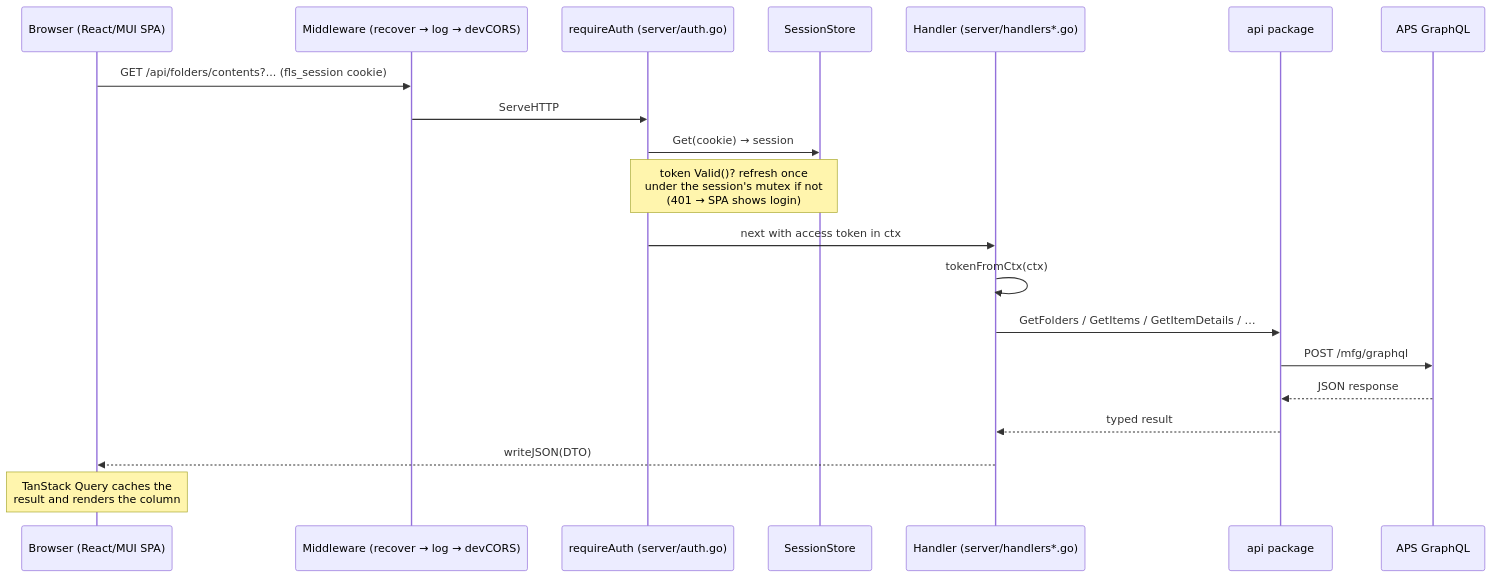
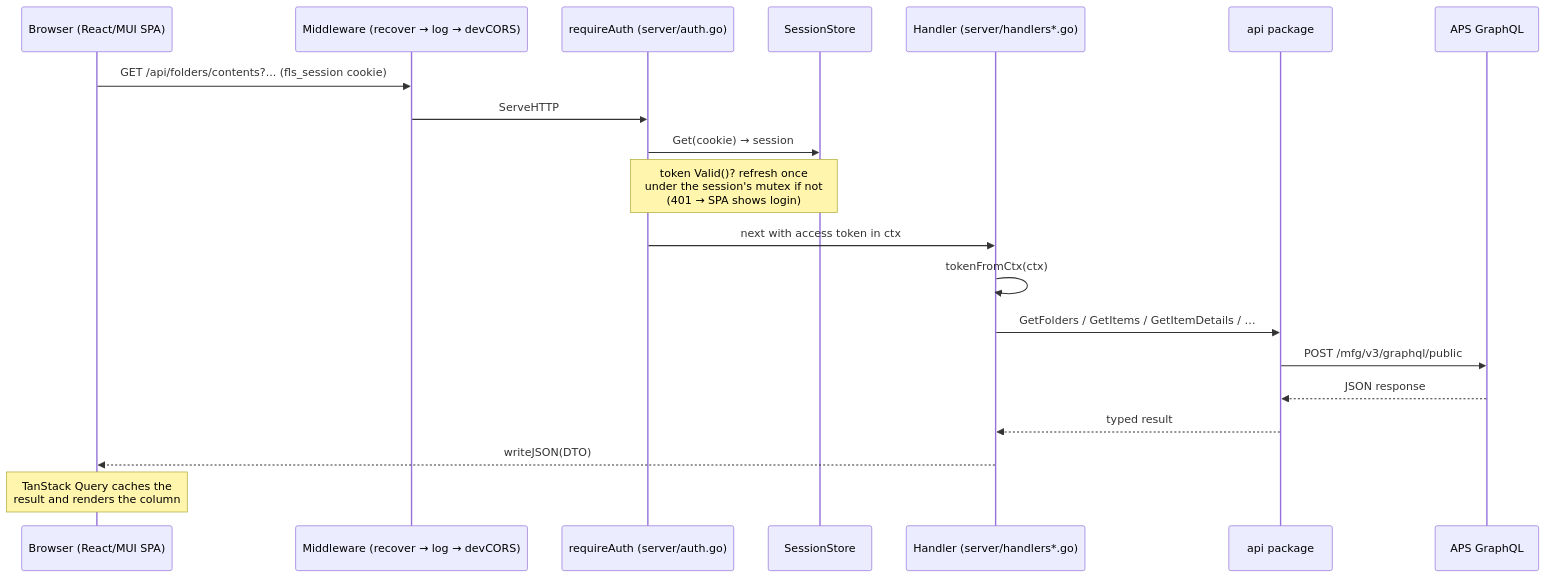
One commit to schneik80/fusionlocalserver changed the sixth of 7 diagrams in docs/architecture.md. Above: the diagram before and after it, drawn with Mermaid. The commit also changed other lines of this file and 19 other files, not shown here.

````diff
--- a/docs/architecture.md
+++ b/docs/architecture.md
@@ -220,23 +223,23 @@
 ```mermaid
 sequenceDiagram
     participant B as Browser (React/MUI SPA)
     participant MW as Middleware (recover → log → devCORS)
     participant RA as requireAuth (server/auth.go)
     participant S as SessionStore
     participant H as Handler (server/handlers*.go)
     participant API as api package
     participant APS as APS GraphQL
 
     B->>MW: GET /api/folders/contents?... (fls_session cookie)
     MW->>RA: ServeHTTP
     RA->>S: Get(cookie) → session
     Note over RA,S: token Valid()? refresh once<br/>under the session's mutex if not<br/>(401 → SPA shows login)
     RA->>H: next with access token in ctx
     H->>H: tokenFromCtx(ctx)
     H->>API: GetFolders / GetItems / GetItemDetails / …
-    API->>APS: POST /mfg/graphql
+    API->>APS: POST /mfg/v3/graphql/public
     APS-->>API: JSON response
     API-->>H: typed result
     H-->>B: writeJSON(DTO)
     Note over B: TanStack Query caches the<br/>result and renders the column
 ```
````
